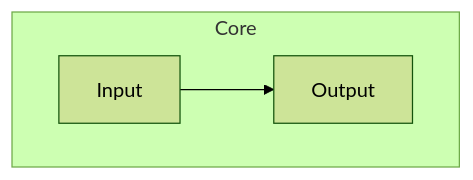
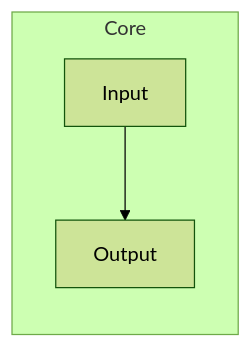
The diagram in tests/fixtures/portable-report.md (AkihaTatsu/AI-Paper-Analysis-Skill-Codex), drawn with Mermaid (forest theme) before and after one commit. The commit also changed other lines of this file and 229 other files, not shown here.

````diff
--- a/tests/fixtures/portable-report.md
+++ b/tests/fixtures/portable-report.md
@@ -25,6 +27,6 @@
 ```mermaid
-flowchart TB
+flowchart LR
     subgraph Core
         Input[Input] --> Output[Output]
     end
 ```
````
